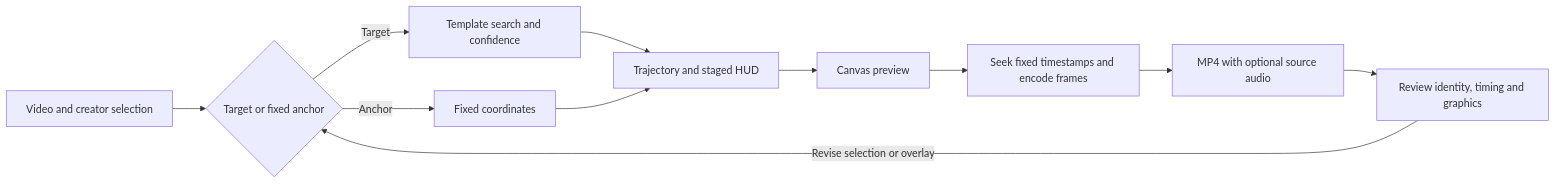
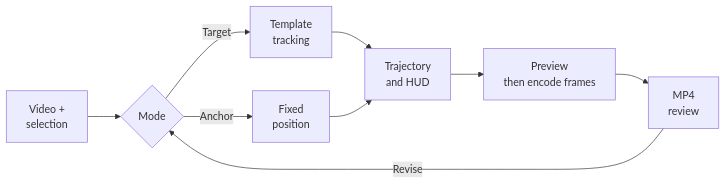
One commit to MuwenTriLi/creative-workflows changed the diagram in projects/07-motion-tracking/README.md. Above: the diagram before and after it, drawn with Mermaid. The commit also changed 4 other files, not shown here.

Commit message:
Make workflow diagrams readable at the default GitHub width

````diff
--- a/projects/07-motion-tracking/README.md
+++ b/projects/07-motion-tracking/README.md
@@ -24,13 +24,11 @@
 ```mermaid
 flowchart LR
-    A[Video and creator selection] --> B{Target or fixed anchor}
-    B -->|Target| C[Template search and confidence]
-    B -->|Anchor| D[Fixed coordinates]
-    C --> E[Trajectory and staged HUD]
+    A["Video +<br/>selection"] --> B{Mode}
+    B -->|Target| C["Template<br/>tracking"]
+    B -->|Anchor| D["Fixed<br/>position"]
+    C --> E["Trajectory<br/>and HUD"]
     D --> E
-    E --> F[Canvas preview]
-    F --> G[Seek fixed timestamps and encode frames]
-    G --> H[MP4 with optional source audio]
-    H --> I[Review identity, timing and graphics]
-    I -->|Revise selection or overlay| B
+    E --> F["Preview<br/>then encode frames"]
+    F --> G["MP4<br/>review"]
+    G -->|Revise| B
 ```
````
